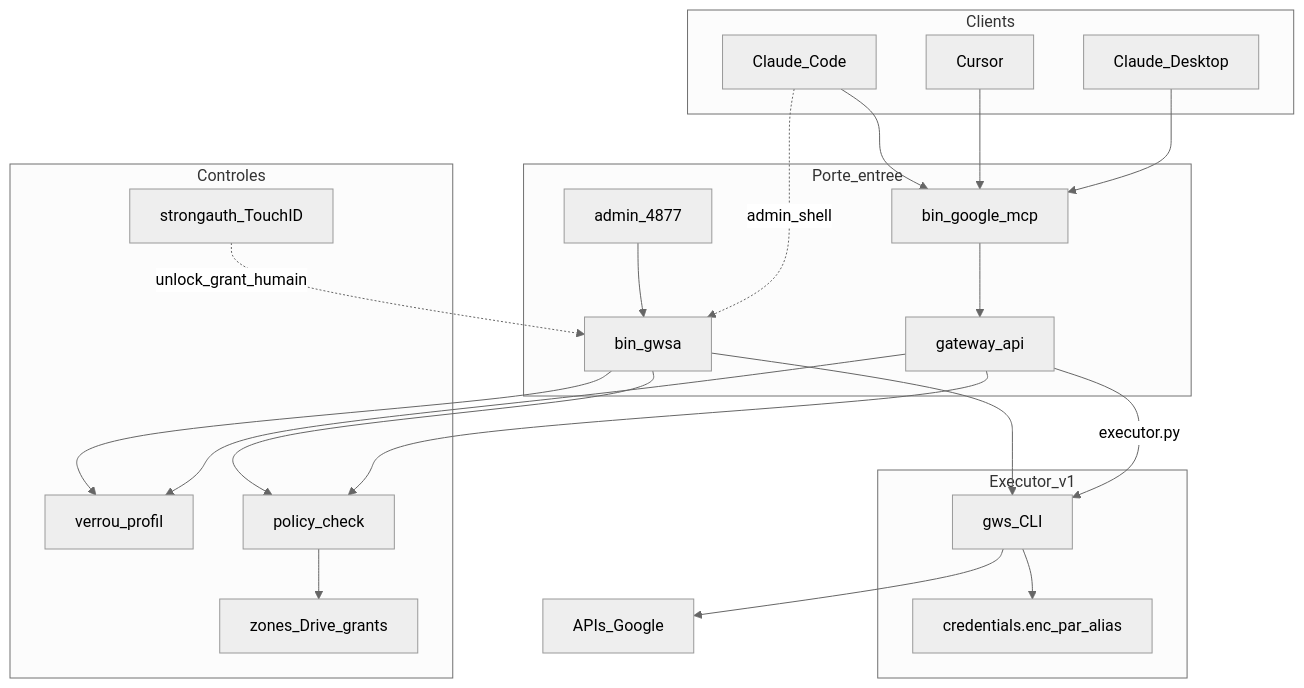
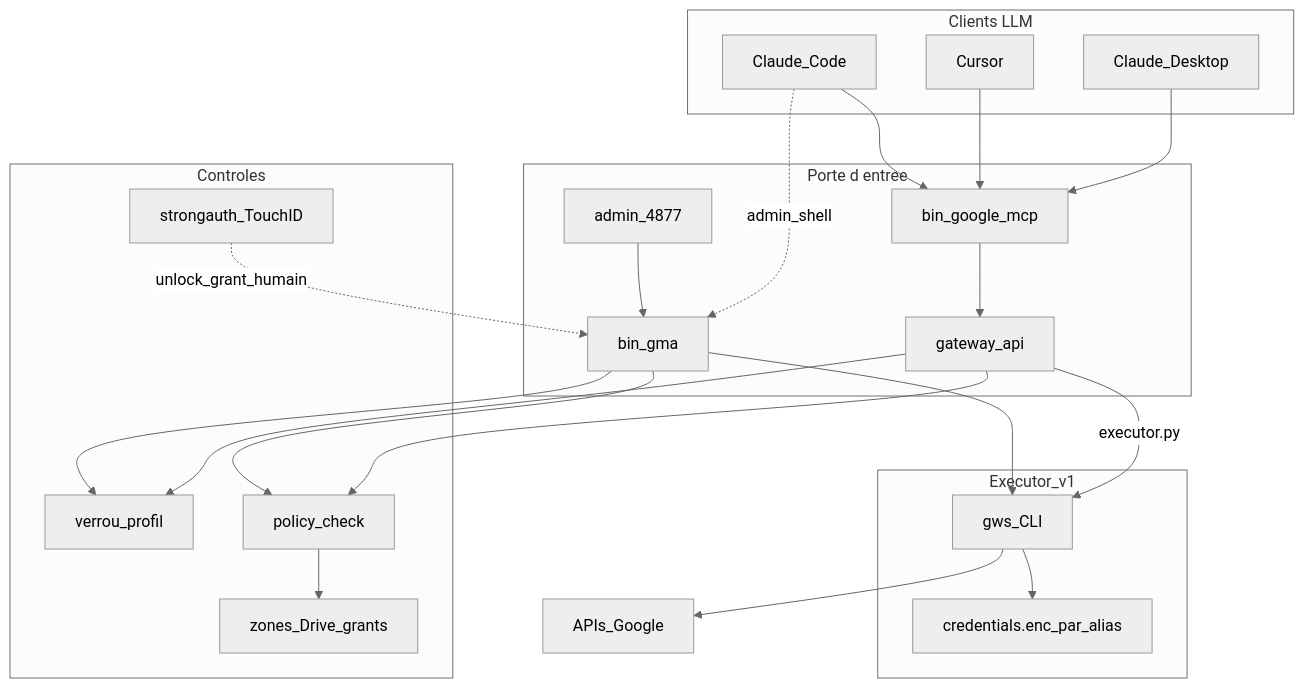
One commit to elzinko/google-mcp-multi-account changed the diagram in docs/architecture.md. Above: the diagram before and after it, drawn with Mermaid (neutral theme). The commit also changed other lines of this file and 2 other files, not shown here.

First line of the commit message:
docs: refonte modèle — page « Prise en main » (tuto) + architecture réécrite orientée lecteur

````diff
--- a/docs/architecture.md
+++ b/docs/architecture.md
@@ -26,46 +23,46 @@
 ```mermaid
 flowchart TD
-  subgraph clients [Clients]
+  subgraph clients [Clients LLM]
     Desktop[Claude_Desktop]
     Cursor[Cursor]
     Code[Claude_Code]
   end
 
-  subgraph entry [Porte_entree]
+  subgraph entry [Porte d entree]
     MCP[bin_google_mcp]
     GW[gateway_api]
-    GWSA[bin_gwsa]
+    GMA[bin_gma]
     Admin[admin_4877]
   end
 
   subgraph controls [Controles]
     Lock[verrou_profil]
     Pol[policy_check]
     Grants[zones_Drive_grants]
     Strong[strongauth_TouchID]
   end
 
   subgraph exec [Executor_v1]
     GWS[gws_CLI]
     Creds["credentials.enc_par_alias"]
   end
 
   Google[APIs_Google]
 
   Desktop --> MCP
   Cursor --> MCP
   Code --> MCP
-  Code -.->|admin_shell| GWSA
-  Admin --> GWSA
+  Code -.->|admin_shell| GMA
+  Admin --> GMA
   MCP --> GW
   GW --> Lock
   GW --> Pol
-  GWSA --> Lock
-  GWSA --> Pol
+  GMA --> Lock
+  GMA --> Pol
   Pol --> Grants
-  Strong -.->|unlock_grant_humain| GWSA
+  Strong -.->|unlock_grant_humain| GMA
   GW -->|executor.py| GWS
-  GWSA --> GWS
+  GMA --> GWS
   GWS --> Creds
   GWS --> Google
 ```
````
